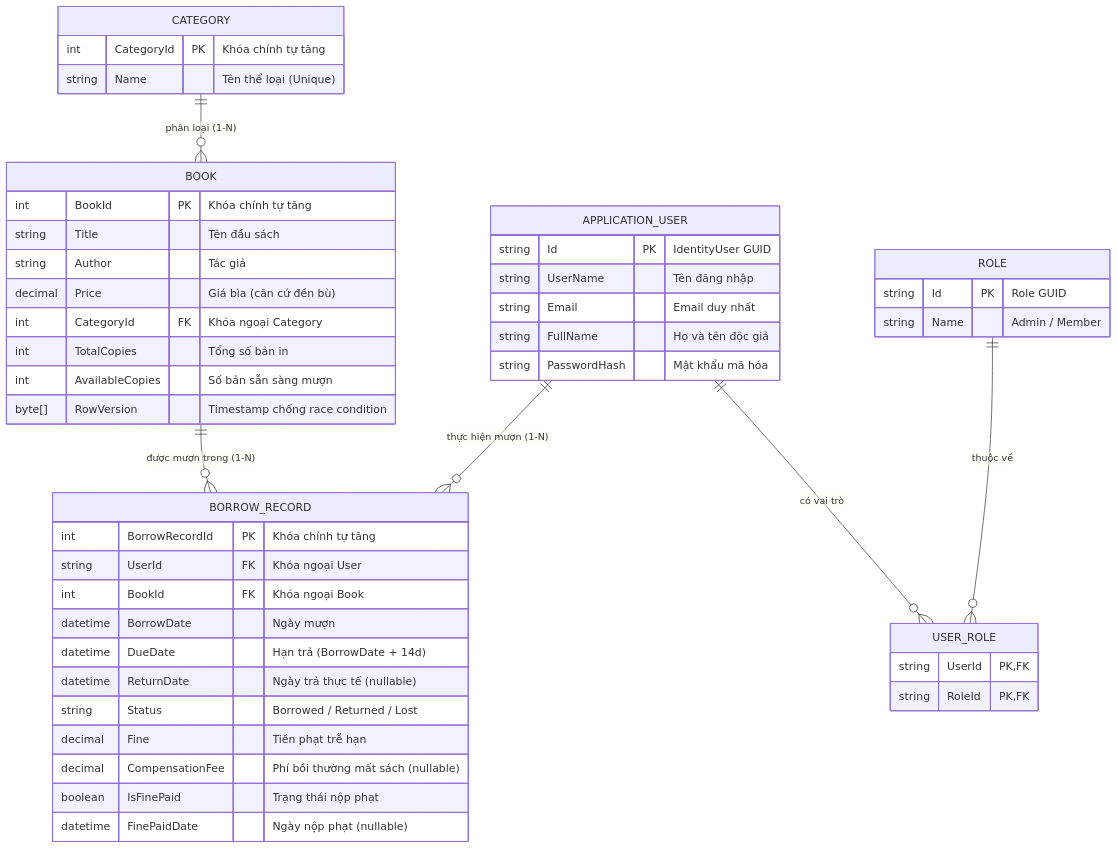
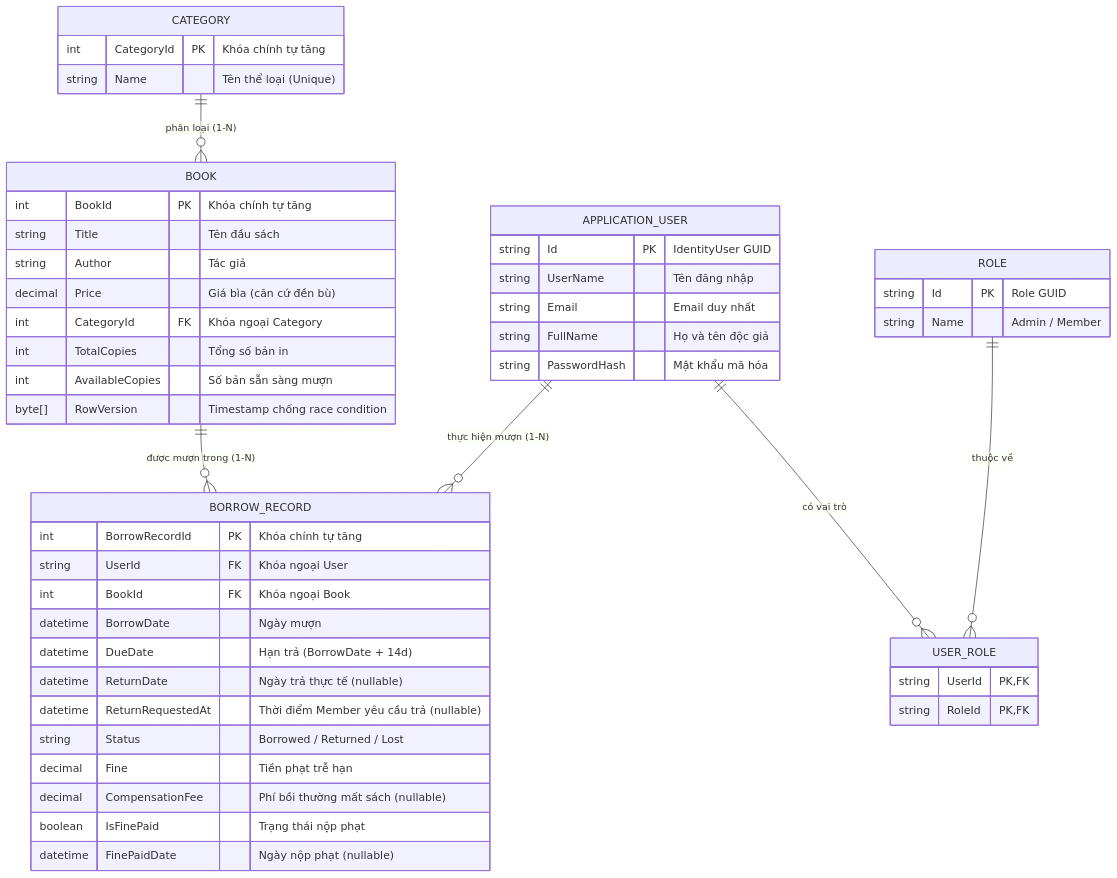
Before and after one commit to toanVd112/Project_Final_Prn232: the first of 4 diagrams in Document/Library_Management_Specification.md, drawn with Mermaid. The commit also changed other lines of this file and 13 other files, not shown here.

Commit message:
feat: add member return request workflow

````diff
--- a/Document/Library_Management_Specification.md
+++ b/Document/Library_Management_Specification.md
@@ -45,56 +45,57 @@
 ```mermaid
 erDiagram
     CATEGORY ||--o{ BOOK : "phân loại (1-N)"
     BOOK ||--o{ BORROW_RECORD : "được mượn trong (1-N)"
     APPLICATION_USER ||--o{ BORROW_RECORD : "thực hiện mượn (1-N)"
     APPLICATION_USER ||--o{ USER_ROLE : "có vai trò"
     ROLE ||--o{ USER_ROLE : "thuộc về"
 
     CATEGORY {
         int CategoryId PK "Khóa chính tự tăng"
         string Name "Tên thể loại (Unique)"
     }
 
     BOOK {
         int BookId PK "Khóa chính tự tăng"
         string Title "Tên đầu sách"
         string Author "Tác giả"
         decimal Price "Giá bìa (căn cứ đền bù)"
         int CategoryId FK "Khóa ngoại Category"
         int TotalCopies "Tổng số bản in"
         int AvailableCopies "Số bản sẵn sàng mượn"
         byte[] RowVersion "Timestamp chống race condition"
     }
 
     APPLICATION_USER {
         string Id PK "IdentityUser GUID"
         string UserName "Tên đăng nhập"
         string Email "Email duy nhất"
         string FullName "Họ và tên độc giả"
         string PasswordHash "Mật khẩu mã hóa"
     }
 
     ROLE {
         string Id PK "Role GUID"
         string Name "Admin / Member"
     }
 
     USER_ROLE {
         string UserId PK, FK
         string RoleId PK, FK
     }
 
     BORROW_RECORD {
         int BorrowRecordId PK "Khóa chính tự tăng"
         string UserId FK "Khóa ngoại User"
         int BookId FK "Khóa ngoại Book"
         datetime BorrowDate "Ngày mượn"
         datetime DueDate "Hạn trả (BorrowDate + 14d)"
         datetime ReturnDate "Ngày trả thực tế (nullable)"
+        datetime ReturnRequestedAt "Thời điểm Member yêu cầu trả (nullable)"
         string Status "Borrowed / Returned / Lost"
         decimal Fine "Tiền phạt trễ hạn"
         decimal CompensationFee "Phí bồi thường mất sách (nullable)"
         boolean IsFinePaid "Trạng thái nộp phạt"
         datetime FinePaidDate "Ngày nộp phạt (nullable)"
     }
 ```
````
